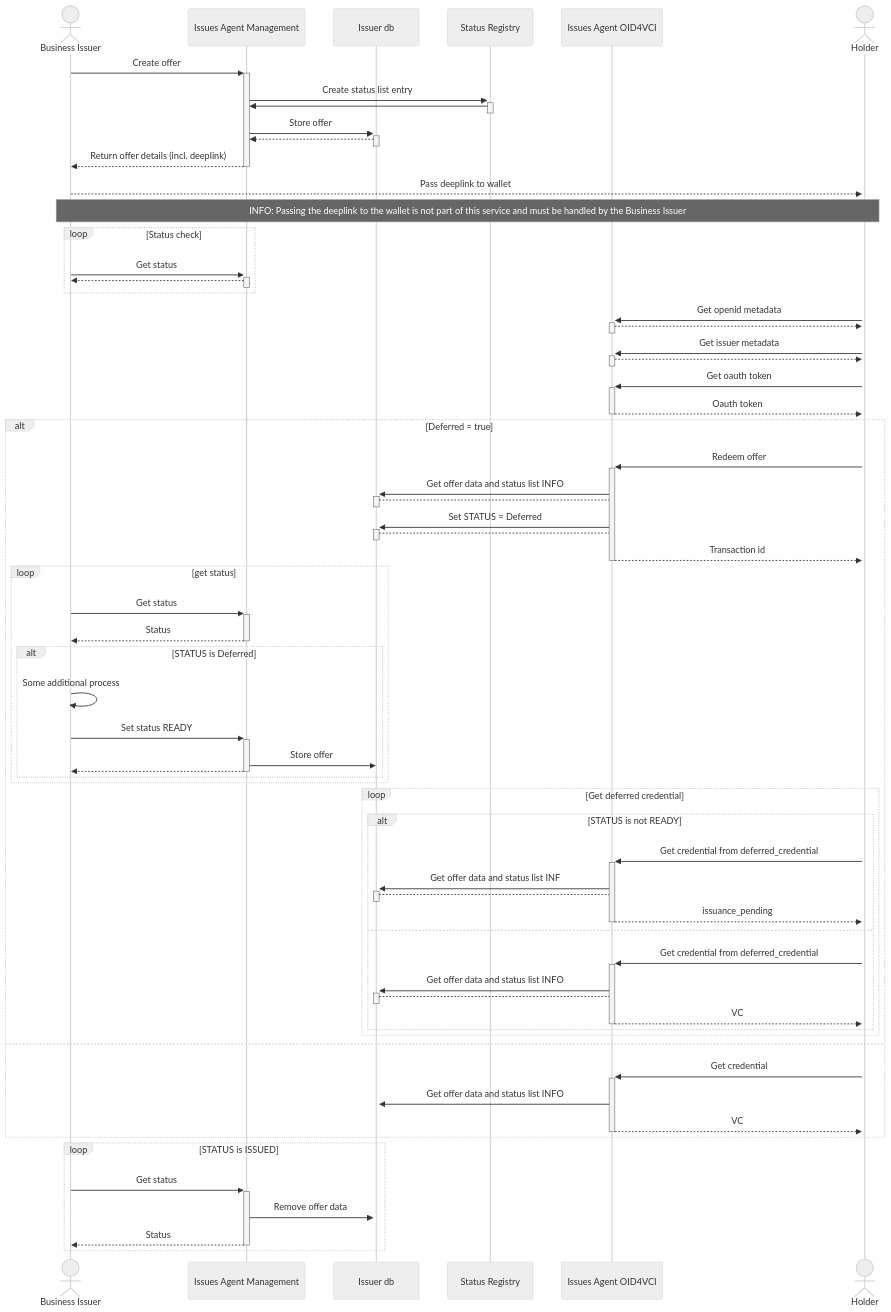
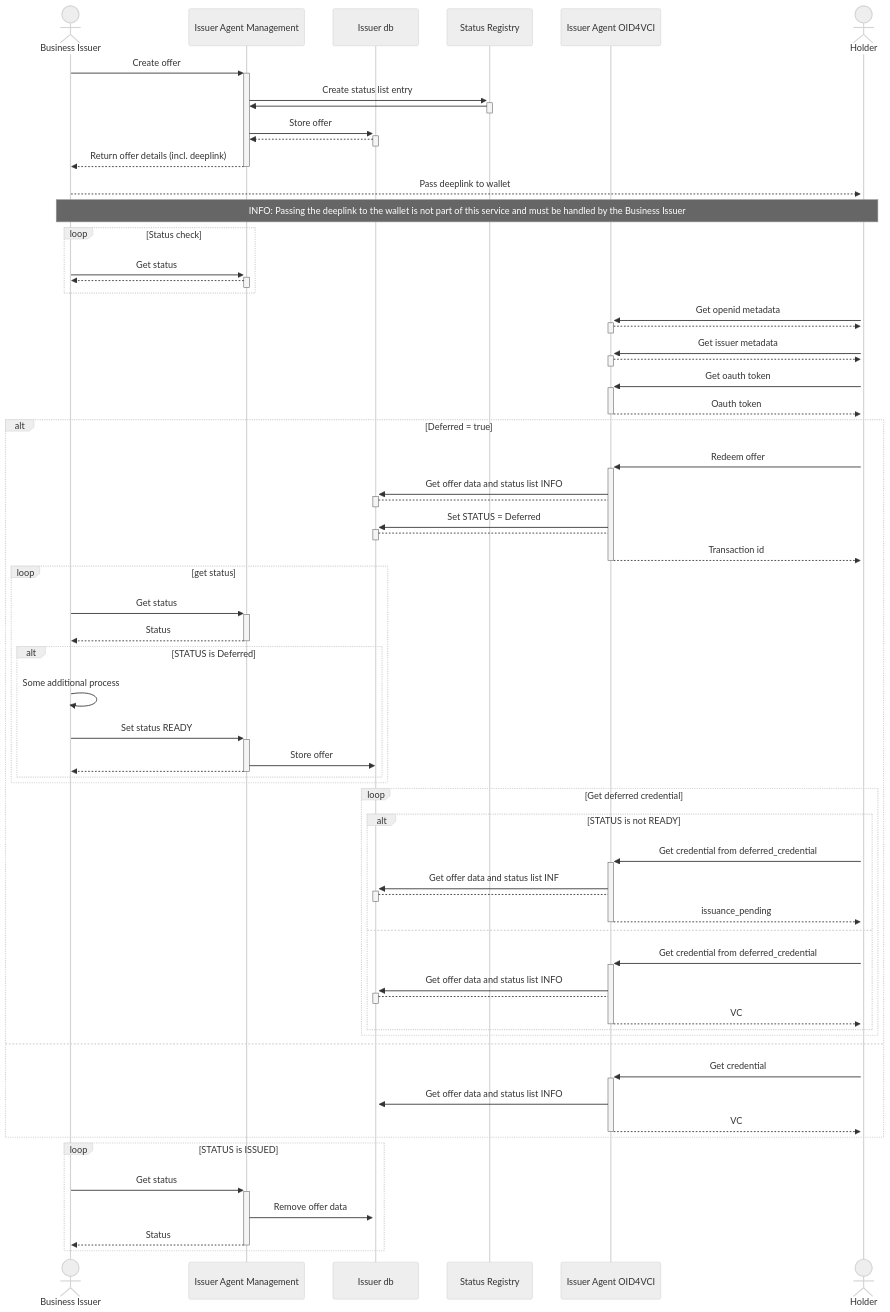
Before and after one commit to swiyu-admin-ch/swiyu-issuer: the third of 4 diagrams in README.md, drawn with Mermaid (neutral theme).

Commit message:
feat(EID-4945) : fix typo

```diff
--- a/README.md
+++ b/README.md
@@ -305,10 +305,10 @@
 sequenceDiagram
     actor BUSINESS as Business Issuer 
 
-    participant MGMT as Issues Agent Management
+    participant MGMT as Issuer Agent Management
     participant DB as Issuer db
     participant STATUS as Status Registry
-    participant SIGNER as Issues Agent OID4VCI
+    participant SIGNER as Issuer Agent OID4VCI
 
     actor WALLET as Holder
 
```
